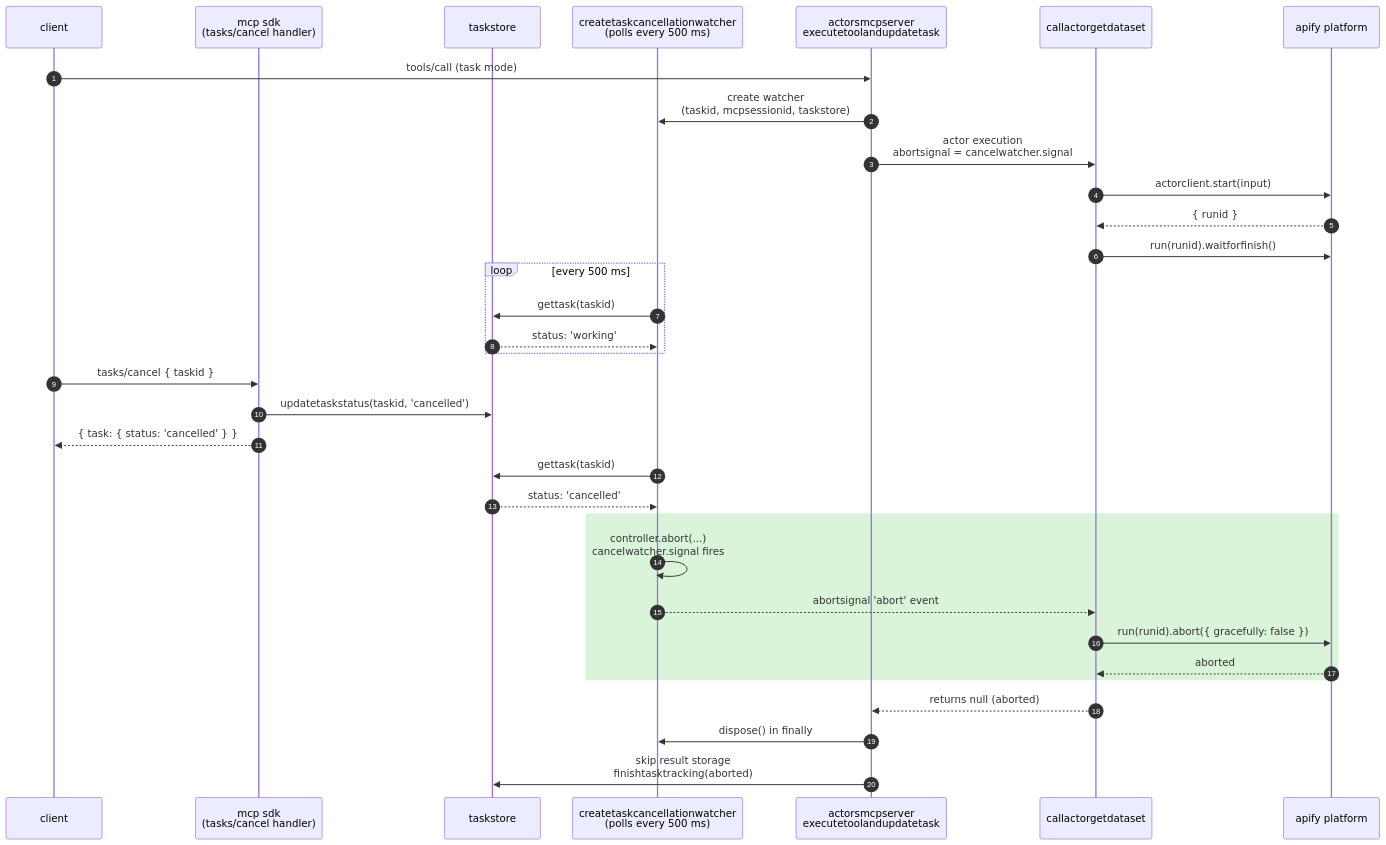
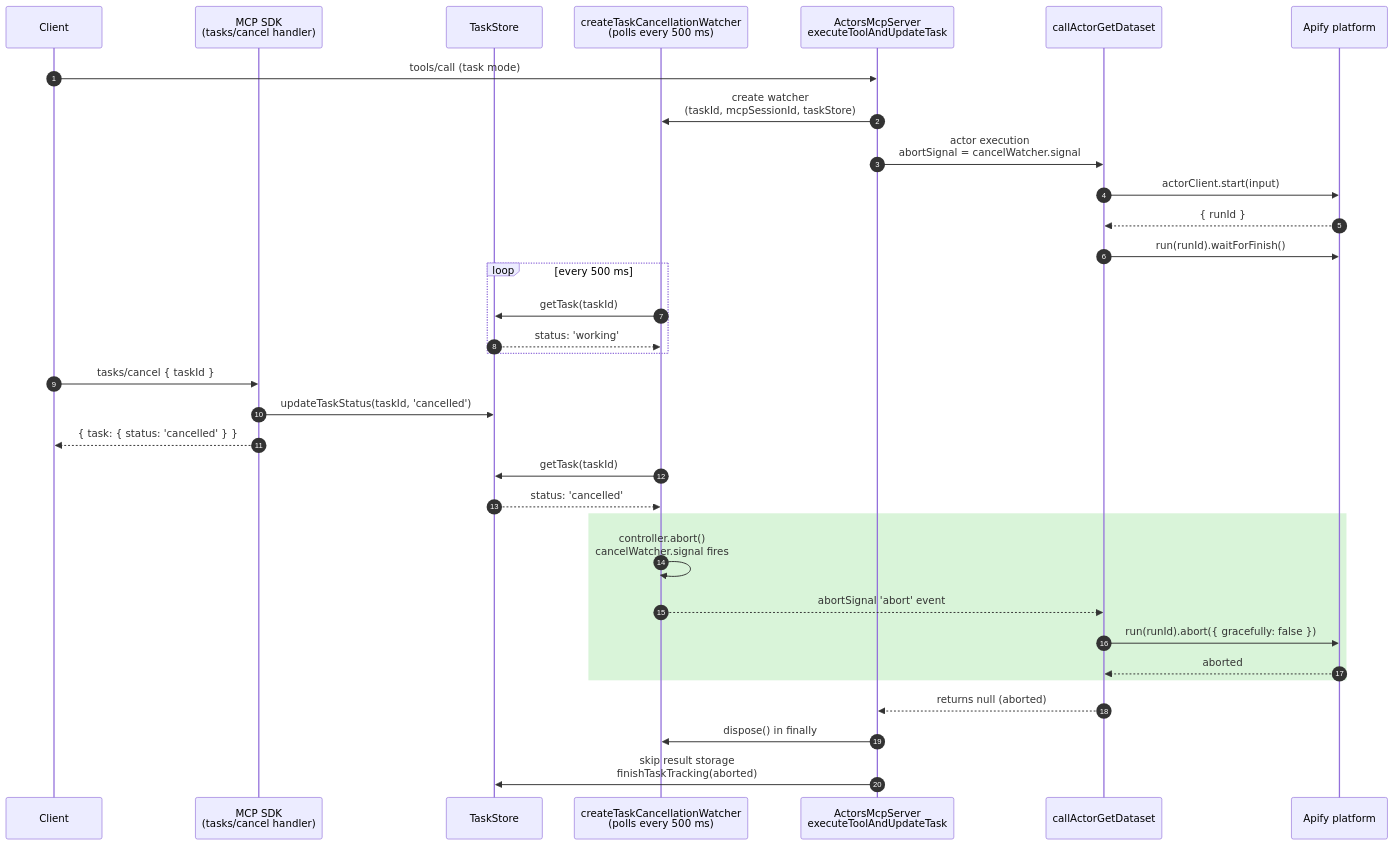
One commit to apify/apify-mcp-server changed the second of 3 diagrams in res/tasks_cancel_abort_flow.md. Above: the diagram before and after it, drawn with Mermaid. The commit also changed other lines of this file and 4 other files, not shown here.

Commit message:
fix: Rename tickInFlight to tickInProgress for clarity and consistency in task cancellation logic

````diff
--- a/res/tasks_cancel_abort_flow.md
+++ b/res/tasks_cancel_abort_flow.md
@@ -85,41 +85,41 @@
 ```mermaid
 sequenceDiagram
     autonumber
-    participant client
-    participant sdk as mcp sdk<br/>(tasks/cancel handler)
-    participant store as taskstore
-    participant watcher as createtaskcancellationwatcher<br/>(polls every 500 ms)
-    participant server as actorsmcpserver<br/>executetoolandupdatetask
-    participant exec as callactorgetdataset
-    participant apify as apify platform
+    participant Client
+    participant SDK as MCP SDK<br/>(tasks/cancel handler)
+    participant Store as TaskStore
+    participant Watcher as createTaskCancellationWatcher<br/>(polls every 500 ms)
+    participant Server as ActorsMcpServer<br/>executeToolAndUpdateTask
+    participant Exec as callActorGetDataset
+    participant Apify as Apify platform
 
-    client->>server: tools/call (task mode)
-    server->>watcher: create watcher<br/>(taskid, mcpsessionid, taskstore)
-    server->>exec: actor execution<br/>abortsignal = cancelwatcher.signal
-    exec->>apify: actorclient.start(input)
-    apify-->>exec: { runid }
-    exec->>apify: run(runid).waitforfinish()
+    Client->>Server: tools/call (task mode)
+    Server->>Watcher: create watcher<br/>(taskId, mcpSessionId, taskStore)
+    Server->>Exec: actor execution<br/>abortSignal = cancelWatcher.signal
+    Exec->>Apify: actorClient.start(input)
+    Apify-->>Exec: { runId }
+    Exec->>Apify: run(runId).waitForFinish()
 
     loop every 500 ms
-        watcher->>store: gettask(taskid)
-        store-->>watcher: status: 'working'
+        Watcher->>Store: getTask(taskId)
+        Store-->>Watcher: status: 'working'
     end
 
-    client->>sdk: tasks/cancel { taskid }
-    sdk->>store: updatetaskstatus(taskid, 'cancelled')
-    sdk-->>client: { task: { status: 'cancelled' } }
+    Client->>SDK: tasks/cancel { taskId }
+    SDK->>Store: updateTaskStatus(taskId, 'cancelled')
+    SDK-->>Client: { task: { status: 'cancelled' } }
 
-    watcher->>store: gettask(taskid)
-    store-->>watcher: status: 'cancelled'
+    Watcher->>Store: getTask(taskId)
+    Store-->>Watcher: status: 'cancelled'
 
     rect rgba(0, 180, 0, 0.15)
-        watcher->>watcher: controller.abort(...)<br/>cancelwatcher.signal fires
-        watcher-->>exec: abortsignal 'abort' event
-        exec->>apify: run(runid).abort({ gracefully: false })
-        apify-->>exec: aborted
+        Watcher->>Watcher: controller.abort()<br/>cancelWatcher.signal fires
+        Watcher-->>Exec: abortSignal 'abort' event
+        Exec->>Apify: run(runId).abort({ gracefully: false })
+        Apify-->>Exec: aborted
     end
 
-    exec-->>server: returns null (aborted)
-    server->>watcher: dispose() in finally
-    server->>store: skip result storage<br/>finishtasktracking(aborted)
+    Exec-->>Server: returns null (aborted)
+    Server->>Watcher: dispose() in finally
+    Server->>Store: skip result storage<br/>finishTaskTracking(aborted)
 ```
````
